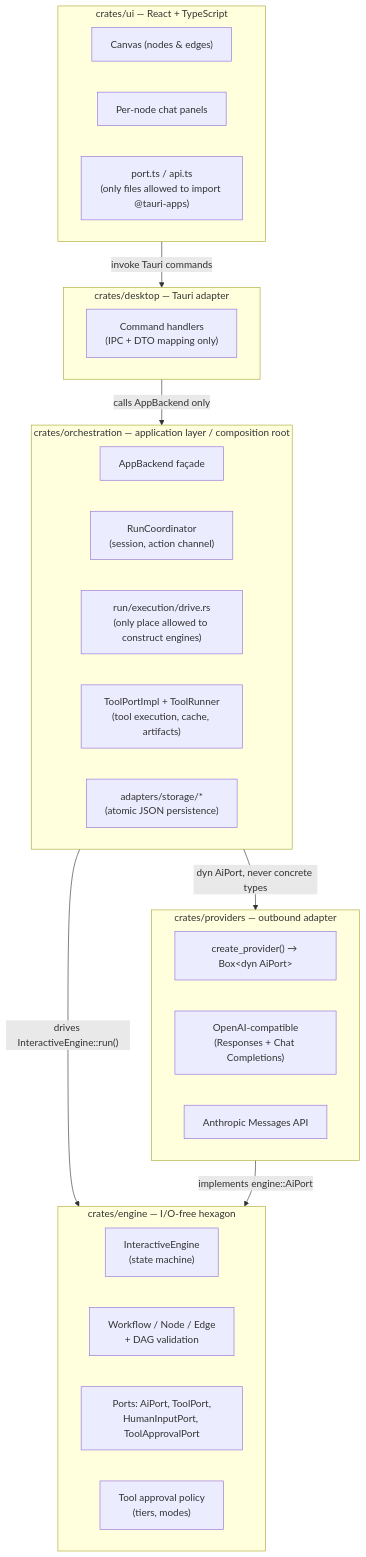
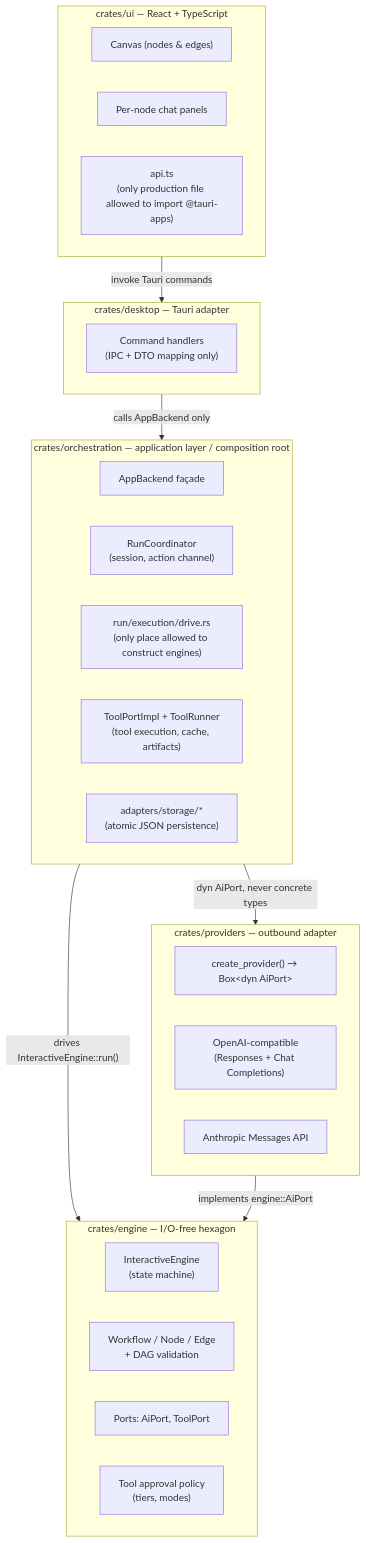
The first of 8 diagrams in docs/architecture/technical-overview.md (philbotar/OpenFlow), drawn with Mermaid before and after one commit. The commit also changed other lines of this file and 140 other files, not shown here.

````diff
--- a/docs/architecture/technical-overview.md
+++ b/docs/architecture/technical-overview.md
@@ -13,39 +13,39 @@
 ```mermaid
 flowchart TD
     subgraph UI["crates/ui — React + TypeScript"]
         Canvas["Canvas (nodes & edges)"]
         Chat["Per-node chat panels"]
-        Port["port.ts / api.ts<br/>(only files allowed to import @tauri-apps)"]
+        Port["api.ts<br/>(only production file allowed to import @tauri-apps)"]
     end
 
     subgraph Desktop["crates/desktop — Tauri adapter"]
         Cmds["Command handlers<br/>(IPC + DTO mapping only)"]
     end
 
     subgraph Orch["crates/orchestration — application layer / composition root"]
         Backend["AppBackend façade"]
         Coord["RunCoordinator<br/>(session, action channel)"]
         Drive["run/execution/drive.rs<br/>(only place allowed to construct engines)"]
         ToolPortImpl["ToolPortImpl + ToolRunner<br/>(tool execution, cache, artifacts)"]
         Stores["adapters/storage/*<br/>(atomic JSON persistence)"]
     end
 
     subgraph Engine["crates/engine — I/O-free hexagon"]
         IE["InteractiveEngine<br/>(state machine)"]
         Graph["Workflow / Node / Edge<br/>+ DAG validation"]
-        Ports["Ports: AiPort, ToolPort,<br/>HumanInputPort, ToolApprovalPort"]
+        Ports["Ports: AiPort, ToolPort"]
         Policy["Tool approval policy<br/>(tiers, modes)"]
     end
 
     subgraph Providers["crates/providers — outbound adapter"]
         Factory["create_provider() → Box&lt;dyn AiPort&gt;"]
         OpenAI["OpenAI-compatible<br/>(Responses + Chat Completions)"]
         Anthropic["Anthropic Messages API"]
     end
 
     UI -->|"invoke Tauri commands"| Desktop
     Desktop -->|"calls AppBackend only"| Orch
     Orch -->|"drives InteractiveEngine::run()"| Engine
     Orch -->|"dyn AiPort, never concrete types"| Providers
     Providers -->|"implements engine::AiPort"| Engine
 ```
````
